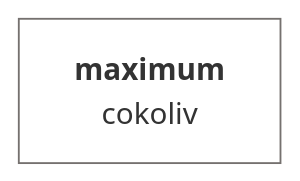
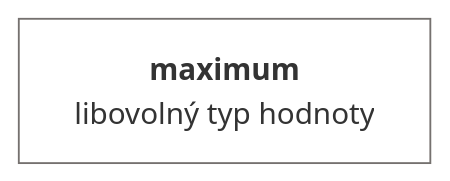
Before and after one commit to muzikp/retusa: the sixth of 38 diagrams in docs/cs-CZ.md, drawn with Mermaid. The commit also changed other lines of this file and 8 other files, not shown here.

````diff
--- a/docs/cs-CZ.md
+++ b/docs/cs-CZ.md
@@ -170,7 +170,7 @@
 ```mermaid
 graph TD
-max[<b>maximum<br></b>cokoliv]
+max[<b>maximum<br></b>libovolný typ hodnoty]
 style max fill:#FFFFFF;
 style max stroke:#75716F;
 
 ```
````
